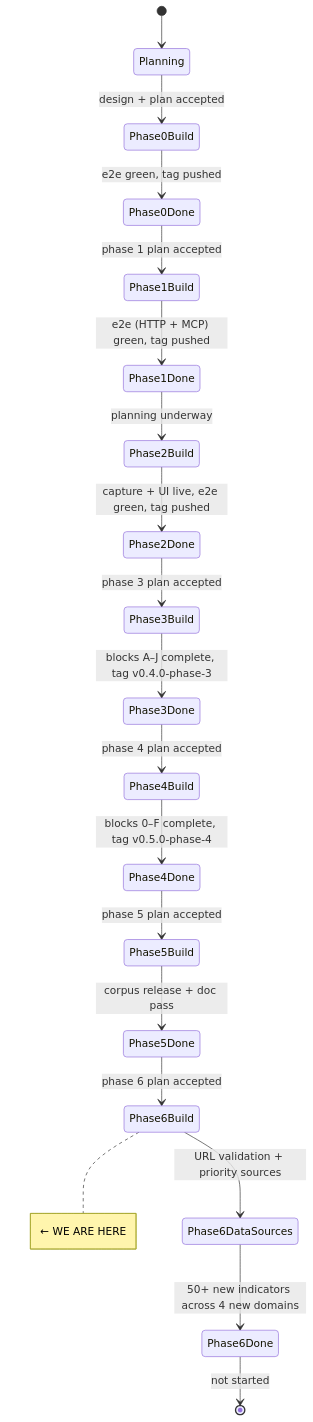
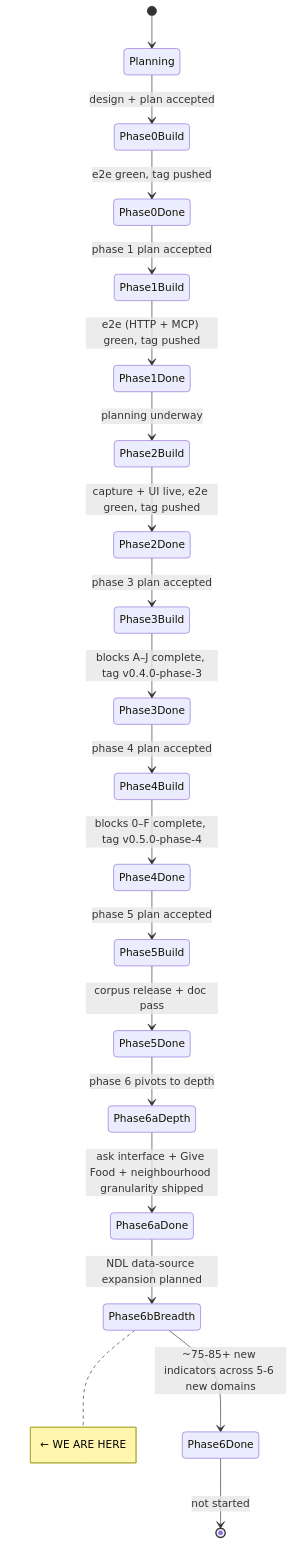
Before and after one commit to dataforaction-tom/soundings: the first of 2 diagrams in STATE.md, drawn with Mermaid. The commit also changed other lines of this file and 2 other files, not shown here.

Commit message:
docs: dual-track phase 6 (6a depth shipped, 6b breadth planned)

````diff
--- a/STATE.md
+++ b/STATE.md
@@ -8,22 +11,23 @@
 ```mermaid
 stateDiagram-v2
     [*] --> Planning
     Planning --> Phase0Build: design + plan accepted
     Phase0Build --> Phase0Done: e2e green, tag pushed
     Phase0Done --> Phase1Build: phase 1 plan accepted
     Phase1Build --> Phase1Done: e2e (HTTP + MCP) green, tag pushed
     Phase1Done --> Phase2Build: planning underway
     Phase2Build --> Phase2Done: capture + UI live, e2e green, tag pushed
     Phase2Done --> Phase3Build: phase 3 plan accepted
     Phase3Build --> Phase3Done: blocks A–J complete, tag v0.4.0-phase-3
     Phase3Done --> Phase4Build: phase 4 plan accepted
     Phase4Build --> Phase4Done: blocks 0–F complete, tag v0.5.0-phase-4
     Phase4Done --> Phase5Build: phase 5 plan accepted
     Phase5Build --> Phase5Done: corpus release + doc pass
-    Phase5Done --> Phase6Build: phase 6 plan accepted
-    Phase6Build --> Phase6DataSources: URL validation + priority sources
-    Phase6DataSources --> Phase6Done: 50+ new indicators across 4 new domains
+    Phase5Done --> Phase6aDepth: phase 6 pivots to depth
+    Phase6aDepth --> Phase6aDone: ask interface + Give Food + neighbourhood granularity shipped
+    Phase6aDone --> Phase6bBreadth: NDL data-source expansion planned
+    Phase6bBreadth --> Phase6Done: ~75-85+ new indicators across 5-6 new domains
     Phase6Done --> [*]: not started
 
-    note right of Phase6Build: ← WE ARE HERE
+    note right of Phase6bBreadth: ← WE ARE HERE
 ```
````
